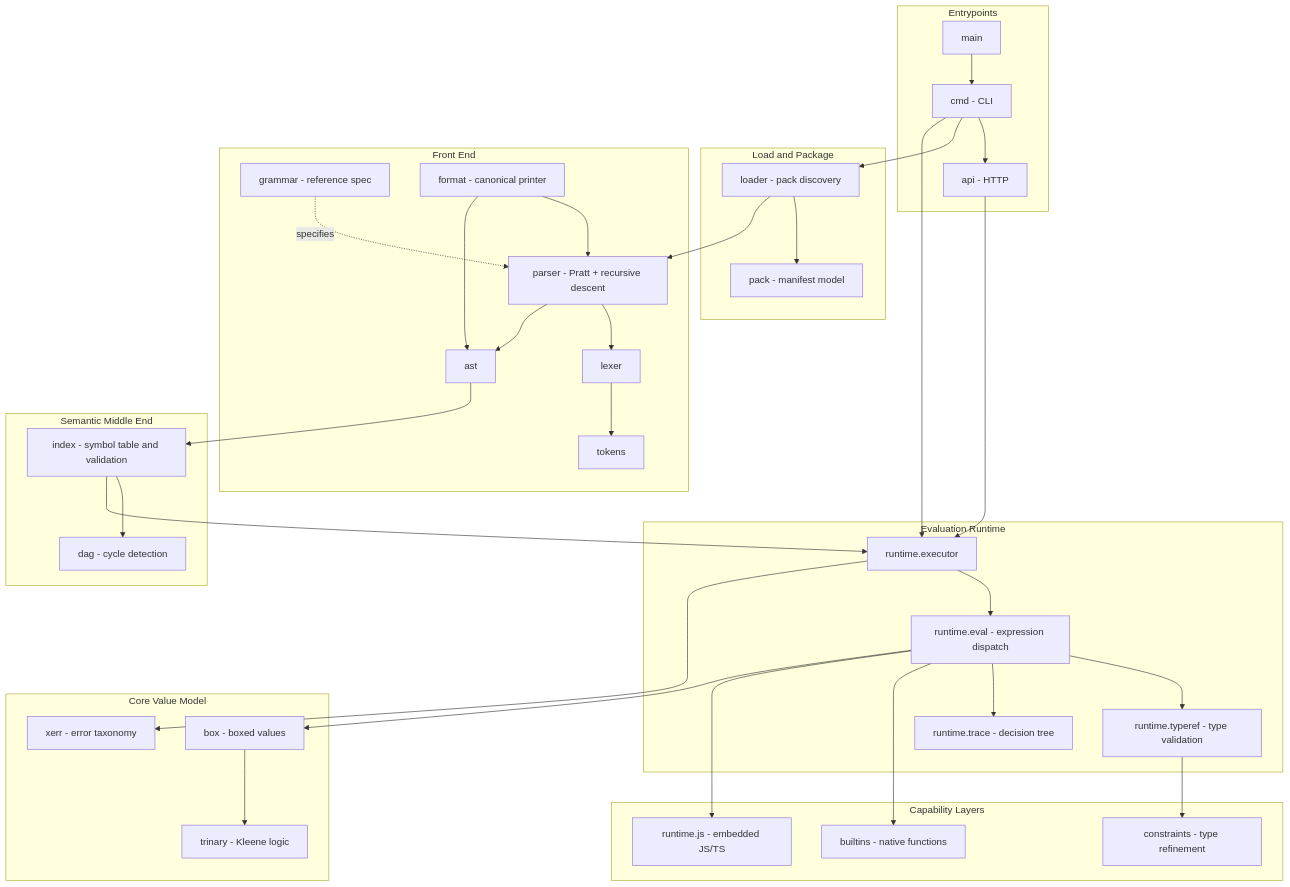
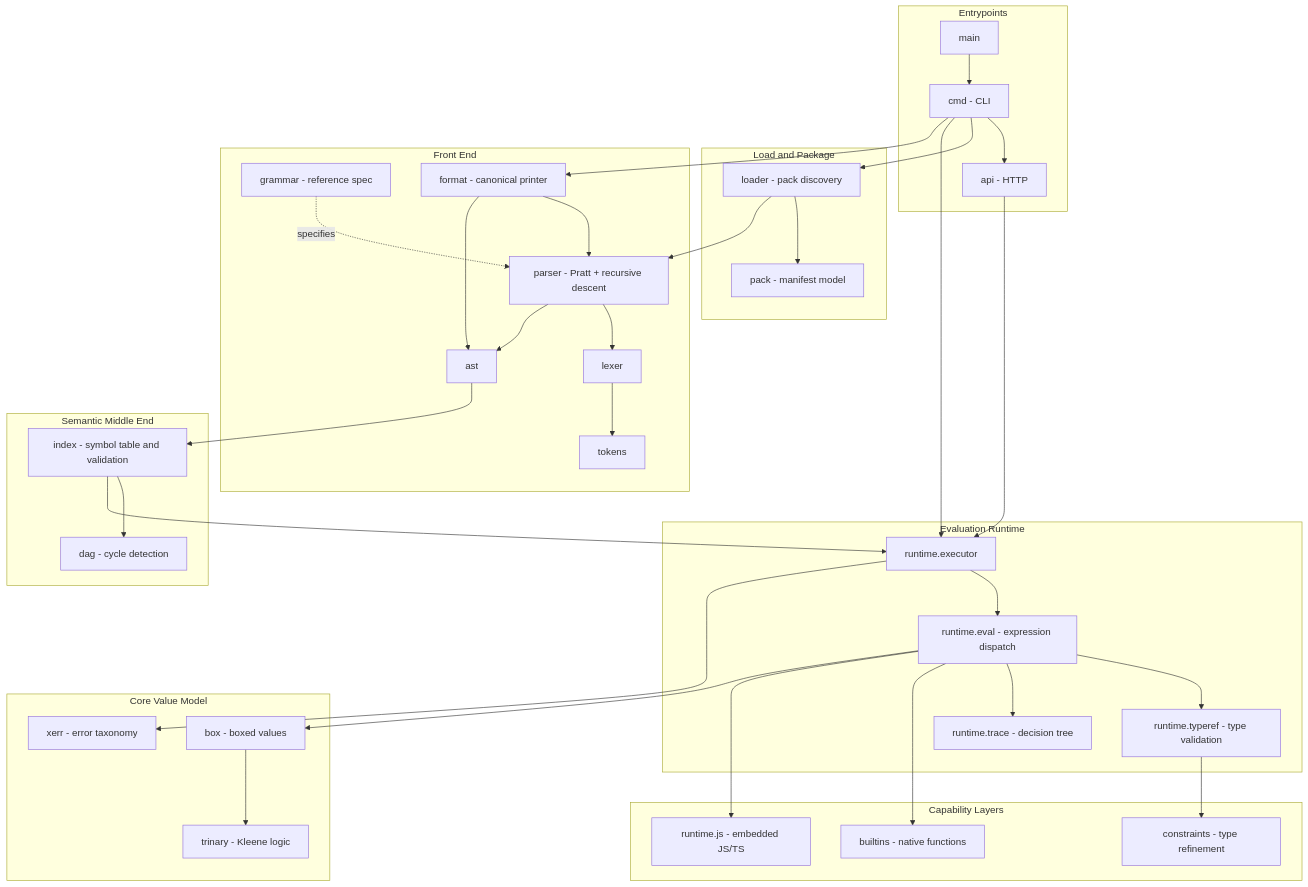
The diagram in docs/codebase-graph/overview.md (sentrie-sh/sentrie), drawn with Mermaid before and after one commit. The commit also changed 6 other files, not shown here.

````diff
--- a/docs/codebase-graph/overview.md
+++ b/docs/codebase-graph/overview.md
@@ -110,77 +110,78 @@
 ```mermaid
 graph TD
     subgraph Entry["Entrypoints"]
         MAIN[main]
         CMD[cmd - CLI]
         API[api - HTTP]
     end
 
     subgraph Load["Load and Package"]
         PACK[pack - manifest model]
         LOADER[loader - pack discovery]
     end
 
     subgraph Front["Front End"]
         LEXER[lexer]
         TOKENS[tokens]
         PARSER[parser - Pratt + recursive descent]
         AST[ast]
         GRAMMAR[grammar - reference spec]
         FORMAT[format - canonical printer]
     end
 
     subgraph Middle["Semantic Middle End"]
         INDEX[index - symbol table and validation]
         DAG[dag - cycle detection]
     end
 
     subgraph Back["Evaluation Runtime"]
         EXEC[runtime.executor]
         EVAL[runtime.eval - expression dispatch]
         TYPEREF[runtime.typeref - type validation]
         TRACE[runtime.trace - decision tree]
     end
 
     subgraph Capability["Capability Layers"]
         BUILTINS[builtins - native functions]
         CONSTRAINTS[constraints - type refinement]
         JS[runtime.js - embedded JS/TS]
     end
 
     subgraph Core["Core Value Model"]
         BOX[box - boxed values]
         TRINARY[trinary - Kleene logic]
         XERR[xerr - error taxonomy]
     end
 
     MAIN --> CMD
     CMD --> API
     CMD --> LOADER
     LOADER --> PACK
     LOADER --> PARSER
 
     LEXER --> TOKENS
     PARSER --> LEXER
     PARSER --> AST
     GRAMMAR -.specifies.-> PARSER
     FORMAT --> PARSER
     FORMAT --> AST
 
     AST --> INDEX
     INDEX --> DAG
 
     INDEX --> EXEC
     API --> EXEC
     CMD --> EXEC
+    CMD --> FORMAT
 
     EXEC --> EVAL
     EVAL --> TYPEREF
     EVAL --> TRACE
     EVAL --> BUILTINS
     EVAL --> JS
     TYPEREF --> CONSTRAINTS
 
     EVAL --> BOX
     BOX --> TRINARY
     EXEC --> XERR
 ```
````
